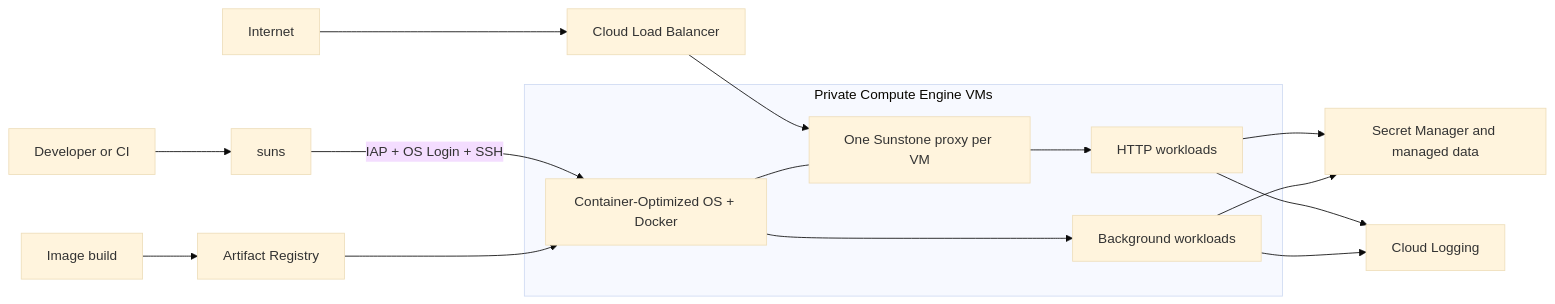
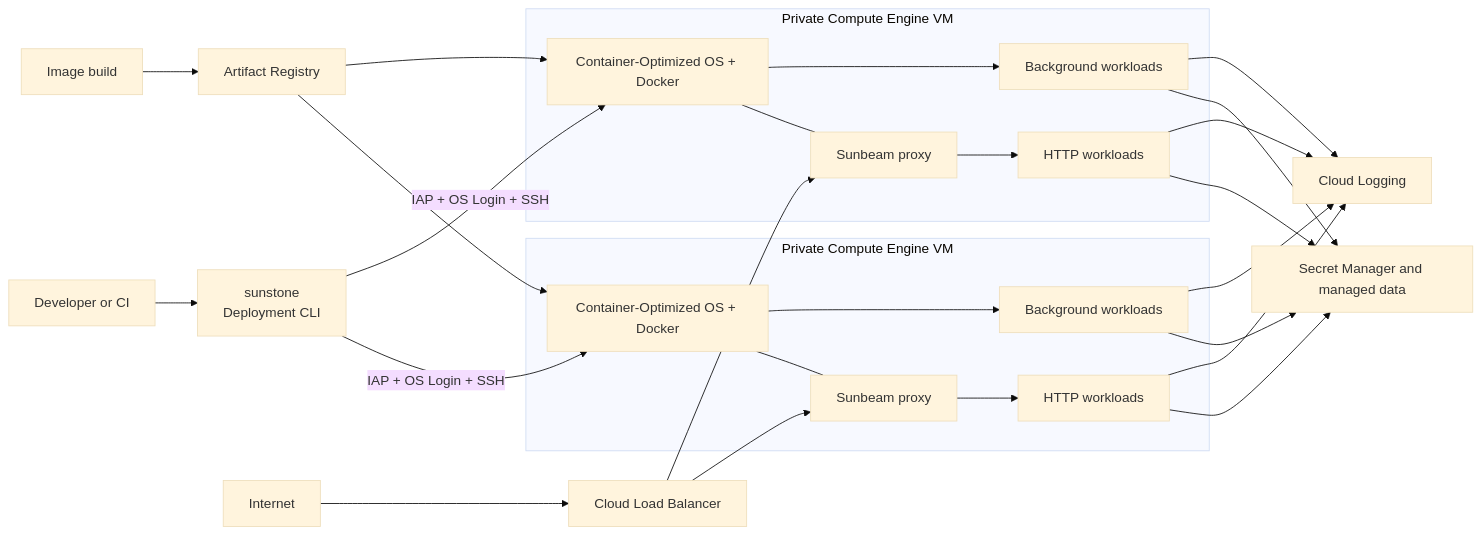
One commit to goevery/sunstone changed the diagram in README.md. Above: the diagram before and after it, drawn with Mermaid (base theme). The commit also changed other lines of this file and 1 other file, not shown here.

Commit message:
refactor(cli): rename suns to sunstone

````diff
--- a/README.md
+++ b/README.md
@@ -21,23 +21,36 @@
 ```mermaid
 flowchart LR
-    Operator[Developer or CI] --> Suns[suns]
-    Suns -->|IAP + OS Login + SSH| Runtime
+    Operator[Developer or CI] --> Sunstone["sunstone<br/>Deployment CLI"]
+    Build[Image build] --> Registry[Artifact Registry]
+    Internet --> LB[Cloud Load Balancer]
 
-    Build[Image build] --> Registry[Artifact Registry]
-    Registry --> Runtime
+    Sunstone -->|IAP + OS Login + SSH| Runtime1
+    Sunstone -->|IAP + OS Login + SSH| Runtime2
+    Registry --> Runtime1
+    Registry --> Runtime2
+    LB --> Proxy1
+    LB --> Proxy2
 
-    Internet --> LB[Cloud Load Balancer]
-    LB --> Proxy
-
-    subgraph VMs[Private Compute Engine VMs]
-        Runtime[Container-Optimized OS + Docker]
-        Runtime --- Proxy[One Sunstone proxy per VM]
-        Proxy --> HTTP[HTTP workloads]
-        Runtime --> Background[Background workloads]
+    subgraph VM1[Private Compute Engine VM]
+        Runtime1[Container-Optimized OS + Docker]
+        Runtime1 --- Proxy1[Sunbeam proxy]
+        Proxy1 --> HTTP1[HTTP workloads]
+        Runtime1 --> Background1[Background workloads]
     end
 
-    HTTP --> Services[Secret Manager and managed data]
-    Background --> Services
-    HTTP --> Logs[Cloud Logging]
-    Background --> Logs
+    subgraph VM2[Private Compute Engine VM]
+        Runtime2[Container-Optimized OS + Docker]
+        Runtime2 --- Proxy2[Sunbeam proxy]
+        Proxy2 --> HTTP2[HTTP workloads]
+        Runtime2 --> Background2[Background workloads]
+    end
+
+    HTTP1 --> Services[Secret Manager and managed data]
+    HTTP2 --> Services
+    Background1 --> Services
+    Background2 --> Services
+    HTTP1 --> Logs[Cloud Logging]
+    HTTP2 --> Logs
+    Background1 --> Logs
+    Background2 --> Logs
 ```
````
